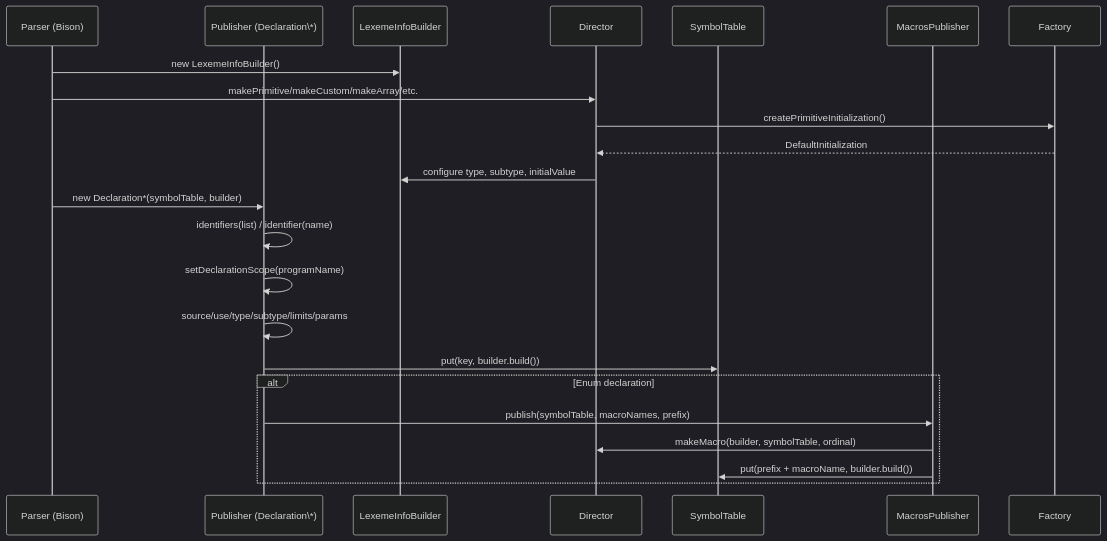
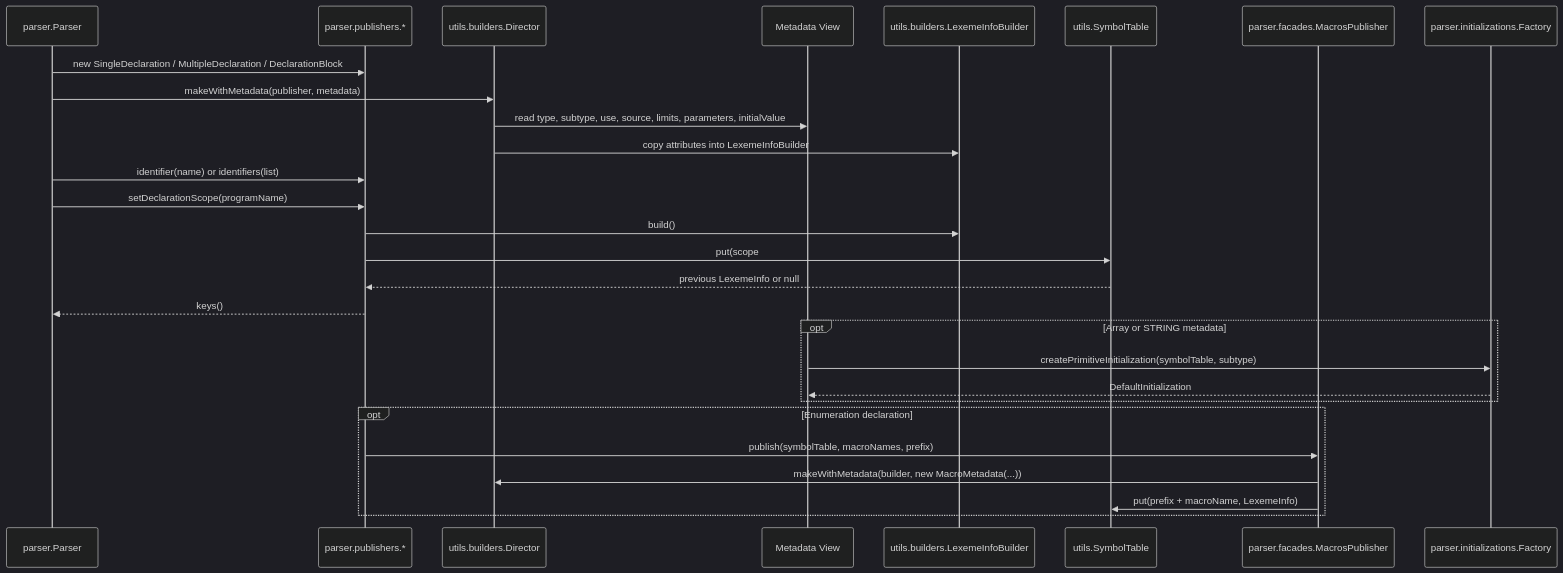
One commit to PascalUser/FLC-IEC61131-7 changed the diagram in doc/diagrams/publisher_sequence.mmd. Above: the diagram before and after it, drawn with Mermaid (dark theme). The commit also changed 21 other files, not shown here.

```diff
--- a/doc/diagrams/publisher_sequence.mmd
+++ b/doc/diagrams/publisher_sequence.mmd
@@ -1,25 +1,31 @@
 sequenceDiagram
-participant Parser as Parser (Bison)
-participant Pub as Publisher (Declaration\*)
-participant Builder as LexemeInfoBuilder
-participant Director as Director
-participant ST as SymbolTable
-participant MacroPub as MacrosPublisher
-participant Factory as Factory
+    participant Parser as parser.Parser
+    participant Publisher as parser.publishers.*
+    participant Director as utils.builders.Director
+    participant Metadata as Metadata View
+    participant Builder as utils.builders.LexemeInfoBuilder
+    participant ST as utils.SymbolTable
+    participant MacroPub as parser.facades.MacrosPublisher
+    participant Factory as parser.initializations.Factory
 
-Parser->>Builder: new LexemeInfoBuilder()
-Parser->>Director: makePrimitive/makeCustom/makeArray/etc.
-Director->>Factory: createPrimitiveInitialization()
-Factory-->>Director: DefaultInitialization
-Director->>Builder: configure type, subtype, initialValue
-Parser->>Pub: new Declaration*(symbolTable, builder)
-Pub->>Pub: identifiers(list) / identifier(name)
-Pub->>Pub: setDeclarationScope(programName)
-Pub->>Pub: source/use/type/subtype/limits/params
-Pub->>ST: put(key, builder.build())
+    Parser->>Publisher: new SingleDeclaration / MultipleDeclaration / DeclarationBlock
+    Parser->>Director: makeWithMetadata(publisher, metadata)
+    Director->>Metadata: read type, subtype, use, source, limits, parameters, initialValue
+    Director->>Builder: copy attributes into LexemeInfoBuilder
+    Parser->>Publisher: identifier(name) or identifiers(list)
+    Parser->>Publisher: setDeclarationScope(programName)
+    Publisher->>Builder: build()
+    Publisher->>ST: put(scope#identifier, LexemeInfo)
+    ST-->>Publisher: previous LexemeInfo or null
+    Publisher-->>Parser: keys()
 
-alt Enum declaration
-    Pub->>MacroPub: publish(symbolTable, macroNames, prefix)
-    MacroPub->>Director: makeMacro(builder, symbolTable, ordinal)
-    MacroPub->>ST: put(prefix + macroName, builder.build())
-end
+    opt Array or STRING metadata
+        Metadata->>Factory: createPrimitiveInitialization(symbolTable, subtype)
+        Factory-->>Metadata: DefaultInitialization
+    end
+
+    opt Enumeration declaration
+        Publisher->>MacroPub: publish(symbolTable, macroNames, prefix)
+        MacroPub->>Director: makeWithMetadata(builder, new MacroMetadata(...))
+        MacroPub->>ST: put(prefix + macroName, LexemeInfo)
+    end
```
